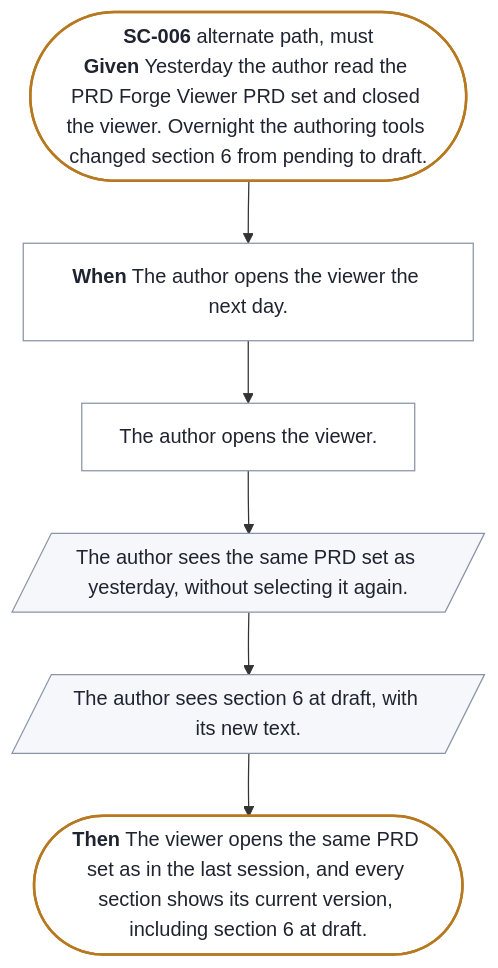
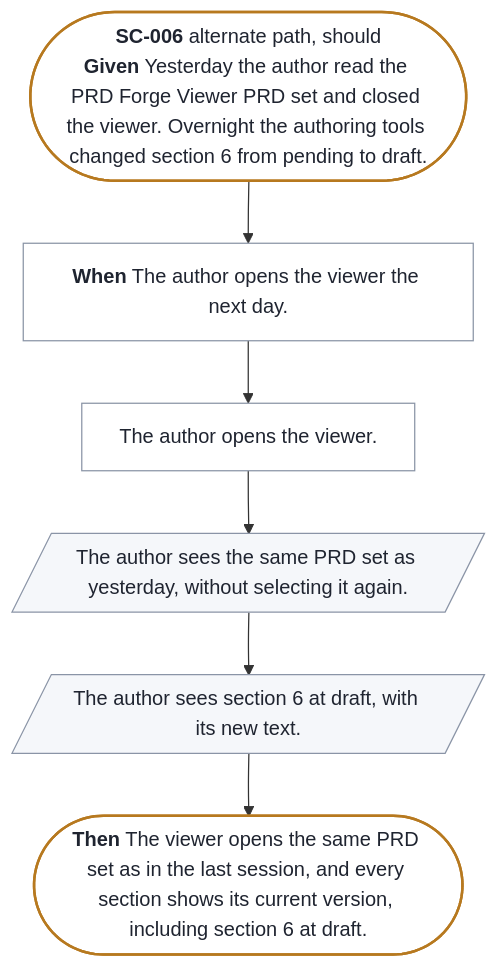
The diagram in docs/prd/prd-forge-viewer/diagrams/SC-006.mmd (SpillwaveSolutions/prd-forge-viewer), drawn with Mermaid before and after one commit. The commit also changed 88 other files, not shown here.

First line of the commit message:
Update the PRD to 0.5.0 for PRD Forge 0.8.1

```diff
--- a/docs/prd/prd-forge-viewer/diagrams/SC-006.mmd
+++ b/docs/prd/prd-forge-viewer/diagrams/SC-006.mmd
@@ -1,18 +1,18 @@
 %% Generated by prd-diagrams.mjs from the scenario front matter. Do not edit.
 %%{init: {"flowchart": {"wrappingWidth": 300}}}%%
 flowchart TB
-  start(["<b>SC-006</b> alternate path, must<br/><b>Given</b> Yesterday the author read the PRD Forge Viewer PRD set and closed the viewer. Overnight the authoring tools changed section 6 from pending to draft."])
+  start(["<b>SC-006</b> alternate path, should<br/><b>Given</b> Yesterday the author read the PRD Forge Viewer PRD set and closed the viewer. Overnight the authoring tools changed section 6 from pending to draft."])
   trigger["<b>When</b> The author opens the viewer the next day."]
   s0["The author opens the viewer."]
   s1[/"The author sees the same PRD set as yesterday, without selecting it again."/]
   s2[/"The author sees section 6 at draft, with its new text."/]
   done(["<b>Then</b> The viewer opens the same PRD set as in the last session, and every section shows its current version, including section 6 at draft."])
   start --> trigger --> s0 --> s1 --> s2 --> done
   classDef ends fill:#FFFFFF,stroke:#B7791F,stroke-width:2px,color:#1F2430
   classDef sees fill:#F5F7FA,stroke:#8A94A6,color:#1F2430
   classDef does fill:#FFFFFF,stroke:#8A94A6,color:#1F2430
   class start,done ends
   class s0 does
   class s1 sees
   class s2 sees
   class trigger does
```
